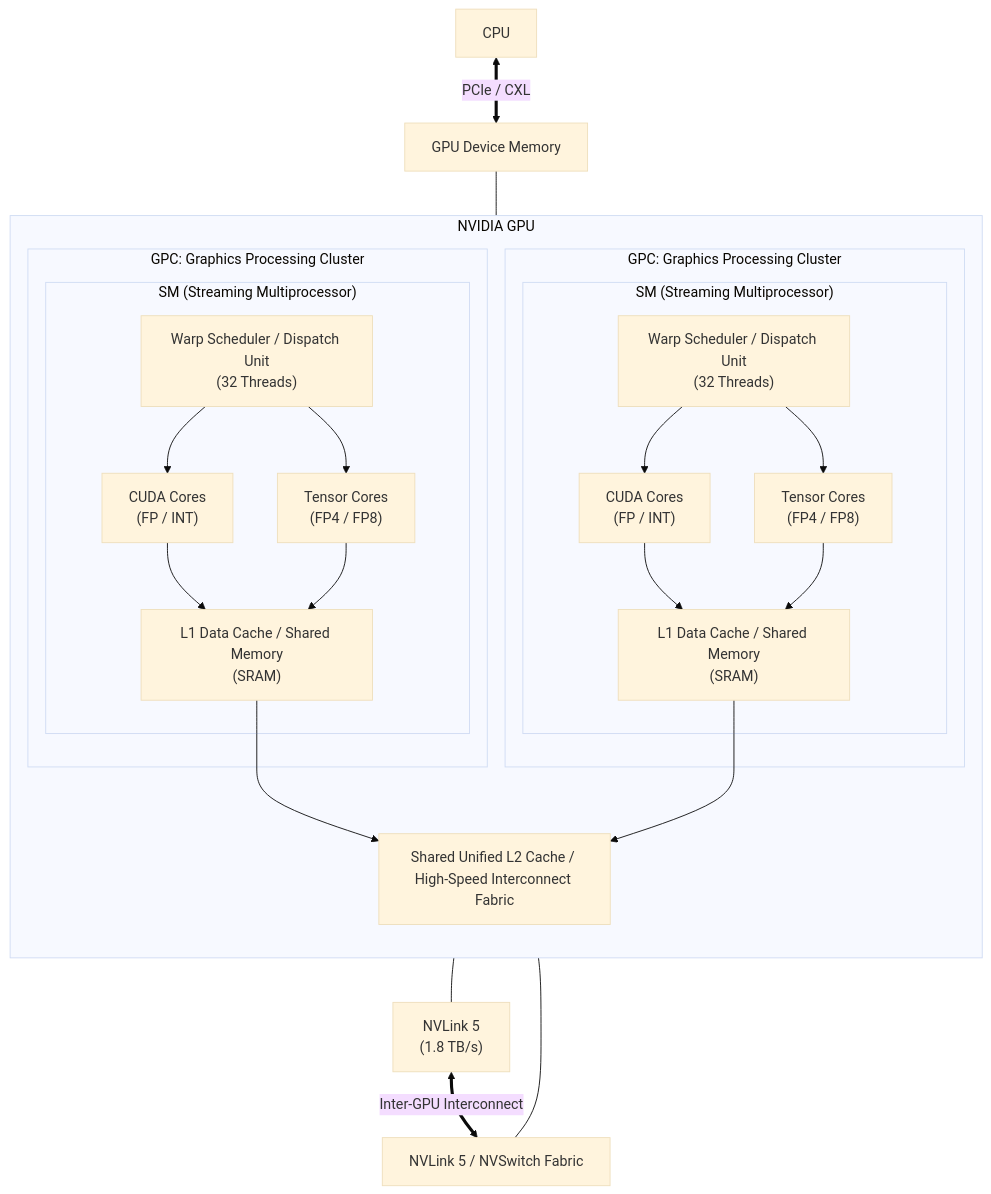
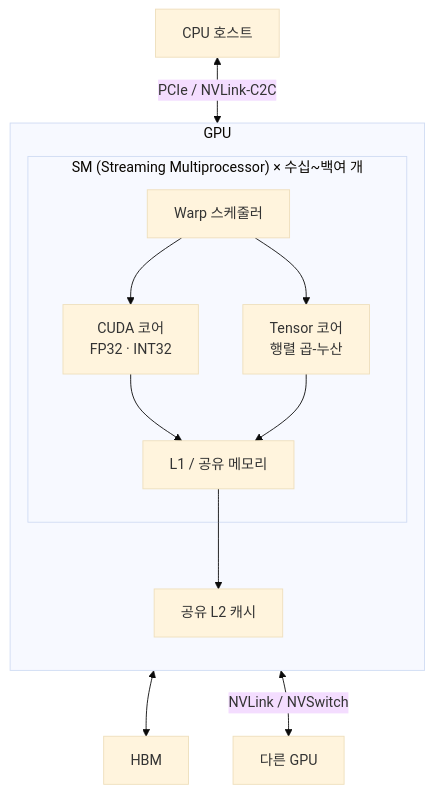
The diagram in content/01_IT Tech/GPU.md (supremethumb/supremethumb.github.io), drawn with Mermaid (base theme) before and after one commit. The commit also changed other lines of this file and 1087 other files, not shown here.

````diff
--- a/content/01_IT Tech/GPU.md
+++ b/content/01_IT Tech/GPU.md
@@ -24,53 +36,16 @@
 ```mermaid
 flowchart TB
-    HOST["CPU"]
-    HBM["GPU Device Memory"]
-
-    HOST <== "PCIe / CXL" ==> HBM
-
-    subgraph GPU["NVIDIA GPU"]
+    HOST["CPU 호스트"] <-- "PCIe / NVLink-C2C" --> GPU
+    subgraph GPU["GPU"]
         direction TB
-
-        subgraph GPC1["GPC: Graphics Processing Cluster"]
-            subgraph SM1["SM (Streaming Multiprocessor)"]
-                WS1["Warp Scheduler / Dispatch Unit<br/>(32 Threads)"]
-                CC1["CUDA Cores<br/>(FP / INT)"]
-                TC1["Tensor Cores<br/>(FP4 / FP8)"]
-                L1_1["L1 Data Cache / Shared Memory<br/>(SRAM)"]
-
-                WS1 --> CC1
-                WS1 --> TC1
-                CC1 --> L1_1
-                TC1 --> L1_1
-            end
+        subgraph SM["SM (Streaming Multiprocessor) × 수십~백여 개"]
+            WS["Warp 스케줄러"] --> CC["CUDA 코어<br/>FP32 · INT32"]
+            WS --> TC["Tensor 코어<br/>행렬 곱-누산"]
+            CC --> SMEM["L1 / 공유 메모리"]
+            TC --> SMEM
         end
-
-        subgraph GPC2["GPC: Graphics Processing Cluster"]
-            subgraph SM2["SM (Streaming Multiprocessor)"]
-                WS2["Warp Scheduler / Dispatch Unit<br/>(32 Threads)"]
-                CC2["CUDA Cores<br/>(FP / INT)"]
-                TC2["Tensor Cores<br/>(FP4 / FP8)"]
-                L1_2["L1 Data Cache / Shared Memory<br/>(SRAM)"]
-
-                WS2 --> CC2
-                WS2 --> TC2
-                CC2 --> L1_2
-                TC2 --> L1_2
-            end
-        end
-
-        L2["Shared Unified L2 Cache / High-Speed Interconnect Fabric"]
-
-        L1_1 --> L2
-        L1_2 --> L2
+        SMEM --> L2["공유 L2 캐시"]
     end
-
-    HBM --- GPU
-
-    NV1["NVLink 5<br/>(1.8 TB/s)"]
-    NV2["NVLink 5 / NVSwitch Fabric"]
-
-    GPU --- NV1
-    GPU --- NV2
-    NV1 <== "Inter-GPU Interconnect" ==> NV2
+    L2 <--> HBM["HBM"]
+    GPU <-- "NVLink / NVSwitch" --> GPU2["다른 GPU"]
 ```
````
